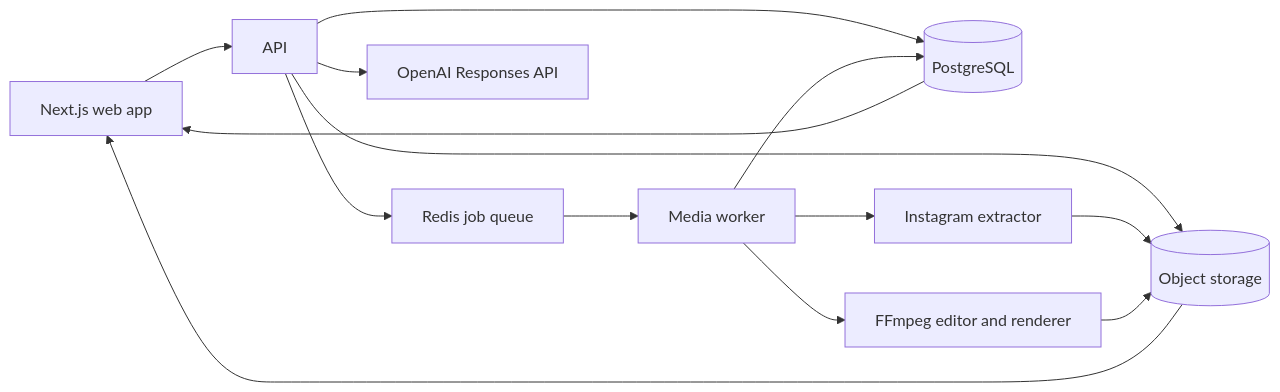
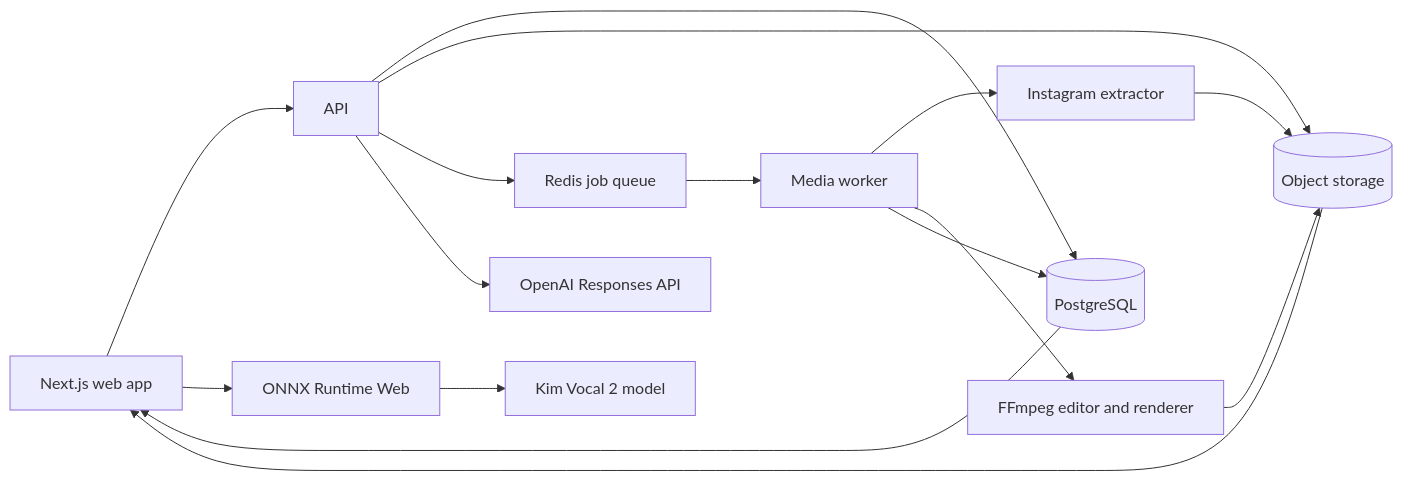
One commit to ujwal9170/editing-site changed the diagram in README.md. Above: the diagram before and after it, drawn with Mermaid. The commit also changed other lines of this file, not shown here.

Commit message:
docs: plan client-side vocal separation

````diff
--- a/README.md
+++ b/README.md
@@ -26,16 +26,18 @@
 ```mermaid
 flowchart LR
     A[Next.js web app] --> B[API]
     B --> C[(PostgreSQL)]
     B --> D[(Object storage)]
     B --> E[Redis job queue]
     E --> F[Media worker]
     F --> G[Instagram extractor]
     F --> H[FFmpeg editor and renderer]
     B --> I[OpenAI Responses API]
+    A --> J[ONNX Runtime Web]
+    J --> K[Kim Vocal 2 model]
     G --> D
     H --> D
     F --> C
     C --> A
     D --> A
 ```
````
